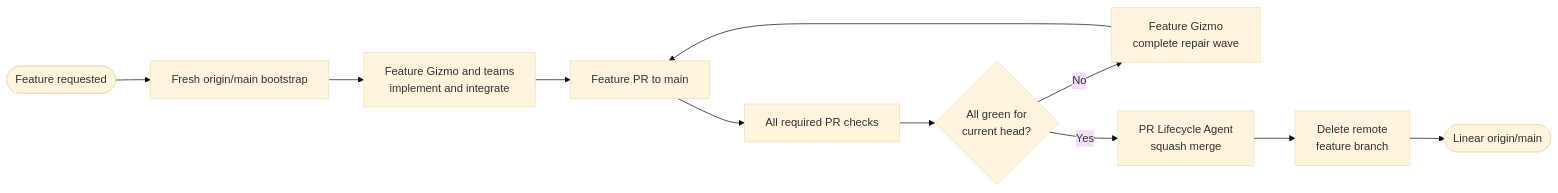
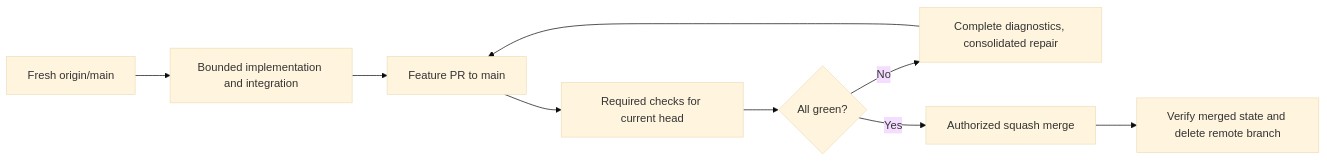
The second of 2 diagrams in .cortex/gizmo-prime/architecture/multiagent-delivery-diagrams.md (meta-secret/nook), drawn with Mermaid (base theme) before and after one commit. The commit also changed other lines of this file and 104 other files, not shown here.

Commit message:
Integrate meta-cortex through Nook agent wrappers (#1616)

````diff
--- a/.cortex/gizmo-prime/architecture/multiagent-delivery-diagrams.md
+++ b/.cortex/gizmo-prime/architecture/multiagent-delivery-diagrams.md
@@ -112,17 +32,11 @@
 ```mermaid
 flowchart LR
-    Request([Feature requested])
-    Bootstrap["Fresh origin/main bootstrap"]
-    Work["Feature Gizmo and teams<br/>implement and integrate"]
-    PR["Feature PR to main"]
-    Checks["All required PR checks"]
-    Green{"All green for<br/>current head?"}
-    Repair["Feature Gizmo<br/>complete repair wave"]
-    Merge["PR Lifecycle Agent<br/>squash merge"]
-    Delete["Delete remote<br/>feature branch"]
-    Main([Linear origin/main])
-
-    Request --> Bootstrap --> Work --> PR --> Checks --> Green
-    Green -- No --> Repair --> PR
-    Green -- Yes --> Merge --> Delete --> Main
+    Base["Fresh origin/main"] --> Work["Bounded implementation and integration"]
+    Work --> PR["Feature PR to main"]
+    PR --> Checks["Required checks for current head"]
+    Checks --> Decision{"All green?"}
+    Decision -- No --> Repair["Complete diagnostics, consolidated repair"]
+    Repair --> PR
+    Decision -- Yes --> Merge["Authorized squash merge"]
+    Merge --> Evidence["Verify merged state and delete remote branch"]
 ```
````
